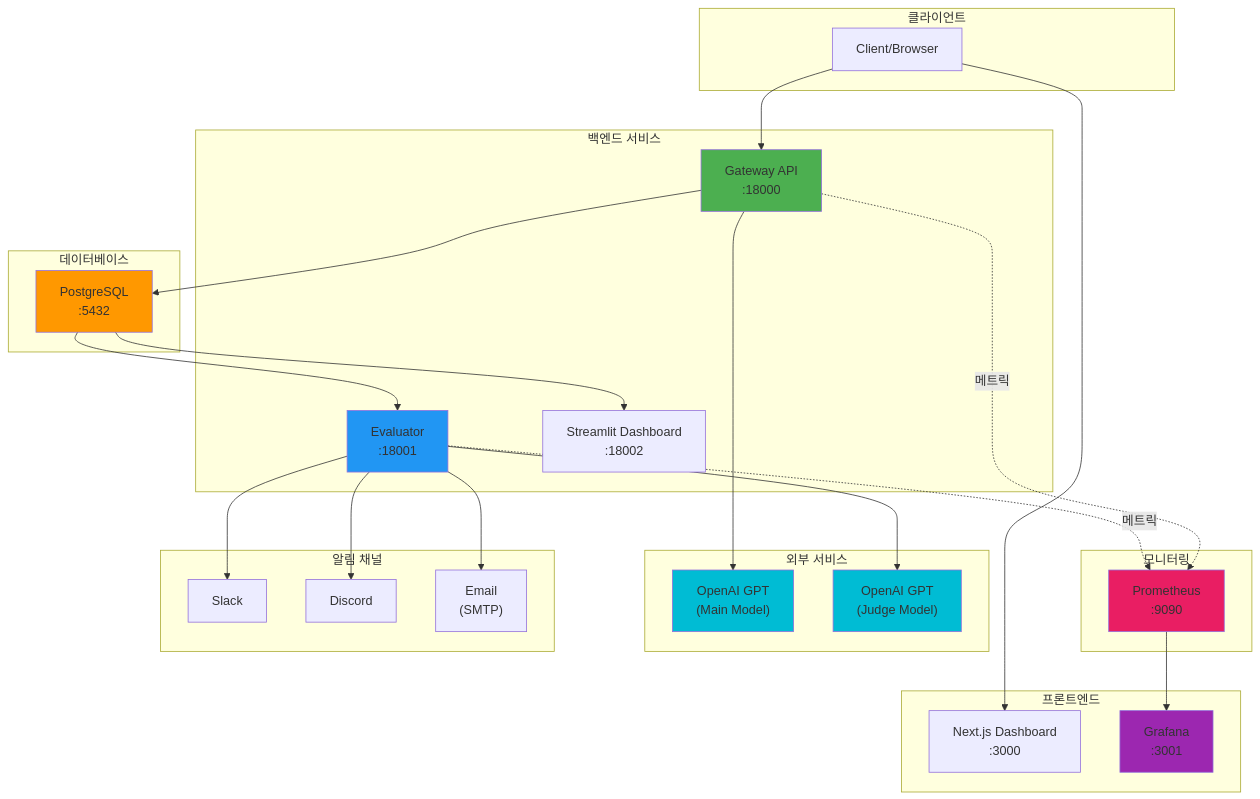
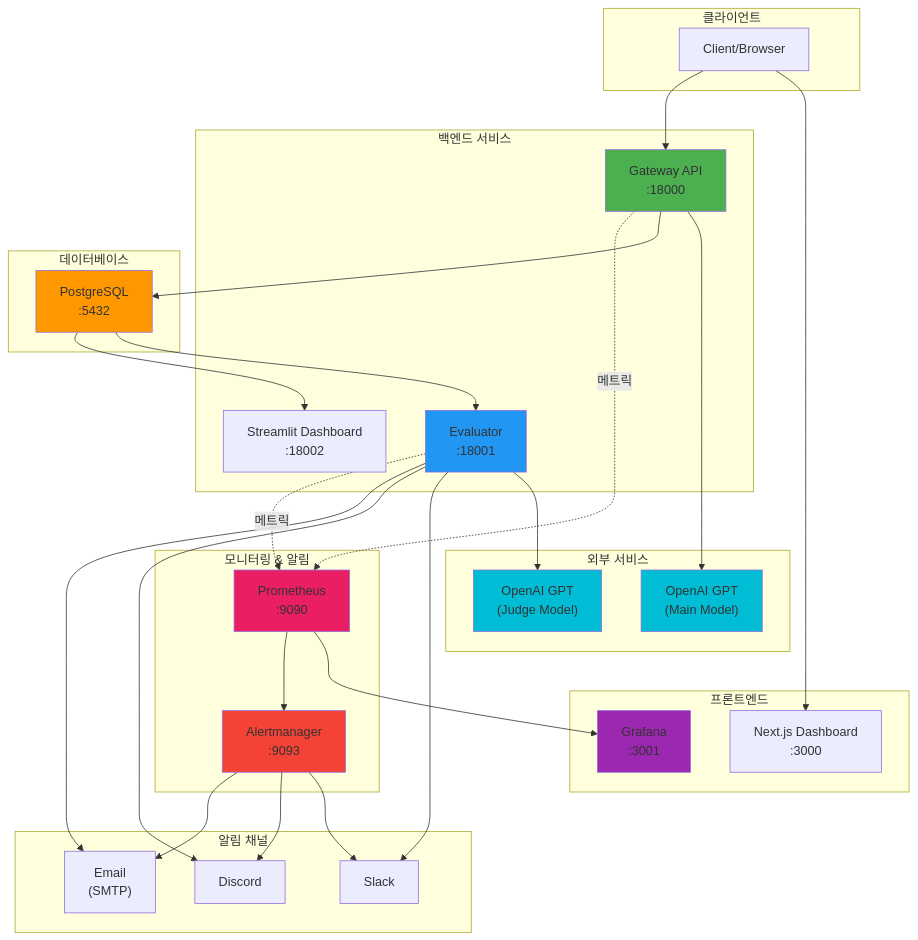
Before and after one commit to dongkoony/LLM-Quality-Observer: the diagram in README.md, drawn with Mermaid. The commit also changed other lines of this file, not shown here.

````diff
--- a/README.md
+++ b/README.md
@@ -29,67 +31,73 @@
 ```mermaid
 flowchart TB
     subgraph "클라이언트"
         ClientApp[Client/Browser]
     end
 
     subgraph "프론트엔드"
         WebDashboard["Next.js Dashboard<br/>:3000"]
         Grafana["Grafana<br/>:3001"]
     end
 
     subgraph "백엔드 서비스"
         Gateway["Gateway API<br/>:18000"]
         Evaluator["Evaluator<br/>:18001"]
         Dashboard["Streamlit Dashboard<br/>:18002"]
     end
 
     subgraph "데이터베이스"
         Postgres["PostgreSQL<br/>:5432"]
     end
 
-    subgraph "모니터링"
+    subgraph "모니터링 & 알림"
         Prometheus["Prometheus<br/>:9090"]
+        Alertmanager["Alertmanager<br/>:9093"]
     end
 
     subgraph "외부 서비스"
         OpenAI_Main["OpenAI GPT<br/>(Main Model)"]
         OpenAI_Judge["OpenAI GPT<br/>(Judge Model)"]
     end
 
     subgraph "알림 채널"
         Slack["Slack"]
         Discord["Discord"]
         Email["Email<br/>(SMTP)"]
     end
 
     %% 클라이언트 연결
     ClientApp --> WebDashboard
     ClientApp --> Gateway
 
     %% Gateway 연결
     Gateway --> OpenAI_Main
     Gateway --> Postgres
     Gateway -.메트릭.-> Prometheus
 
     %% Evaluator 연결
     Postgres --> Evaluator
     Evaluator --> OpenAI_Judge
     Evaluator --> Slack
     Evaluator --> Discord
     Evaluator --> Email
     Evaluator -.메트릭.-> Prometheus
 
     %% Dashboard 연결
     Postgres --> Dashboard
 
     %% 모니터링 연결
     Prometheus --> Grafana
+    Prometheus --> Alertmanager
+    Alertmanager --> Slack
+    Alertmanager --> Discord
+    Alertmanager --> Email
 
     style Gateway fill:#4CAF50
     style Evaluator fill:#2196F3
     style Postgres fill:#FF9800
     style Prometheus fill:#E91E63
+    style Alertmanager fill:#F44336
     style Grafana fill:#9C27B0
     style OpenAI_Main fill:#00BCD4
     style OpenAI_Judge fill:#00BCD4
 ```
````
